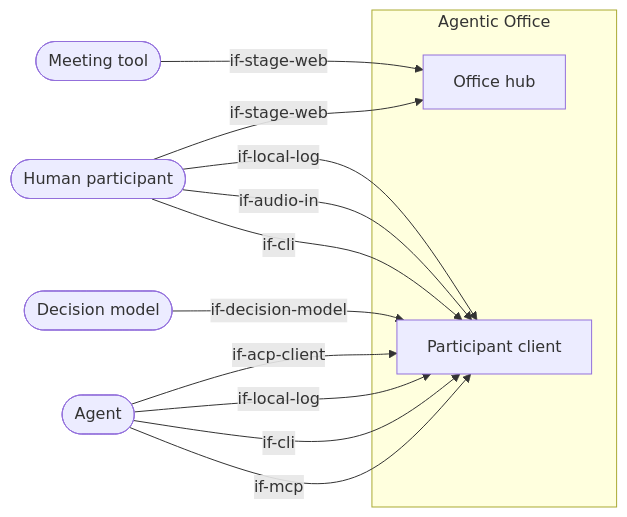
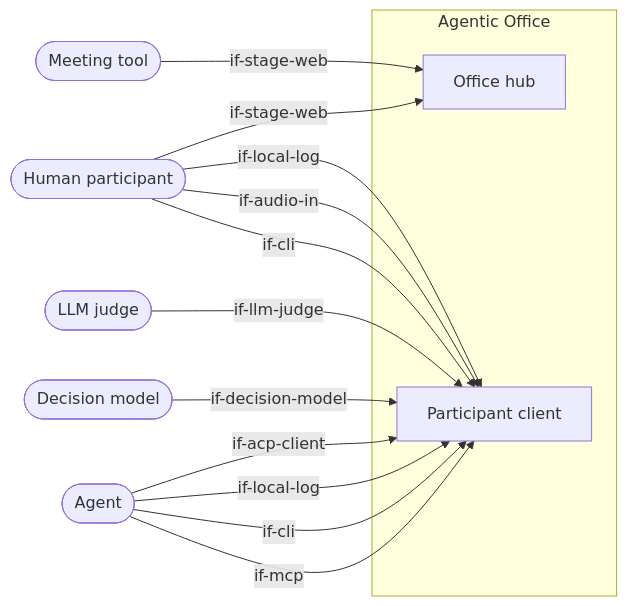
The diagram in docs/architecture/03-system-context.arc42.md (mrsimpson/agentic-office), drawn with Mermaid before and after one commit. The commit also changed other lines of this file and 31 other files, not shown here.

````diff
--- a/docs/architecture/03-system-context.arc42.md
+++ b/docs/architecture/03-system-context.arc42.md
@@ -19,21 +19,23 @@
 ```mermaid
 flowchart LR
     actor_agent([Agent])
     actor_decision_model([Decision model])
+    actor_llm_judge([LLM judge])
     actor_human([Human participant])
     actor_meeting_tool([Meeting tool])
     subgraph office [Agentic Office]
         bb_office_hub[Office hub]
         bb_participant_client[Participant client]
     end
     actor_agent -->|if-mcp| bb_participant_client
     actor_agent -->|if-cli| bb_participant_client
     actor_agent -->|if-local-log| bb_participant_client
     actor_agent -->|if-acp-client| bb_participant_client
     actor_decision_model -->|if-decision-model| bb_participant_client
+    actor_llm_judge -->|if-llm-judge| bb_participant_client
     actor_human -->|if-cli| bb_participant_client
     actor_human -->|if-audio-in| bb_participant_client
     actor_human -->|if-local-log| bb_participant_client
     actor_human -->|if-stage-web| bb_office_hub
     actor_meeting_tool -->|if-stage-web| bb_office_hub
 ```
````
